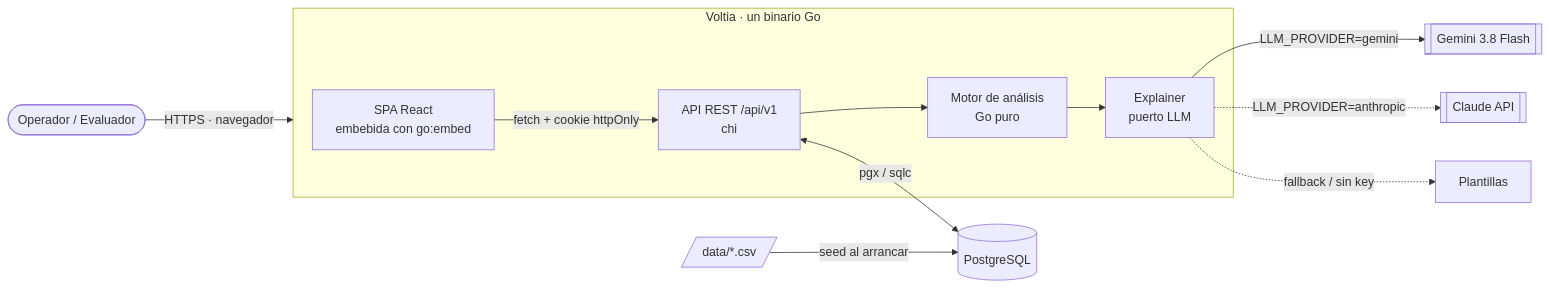
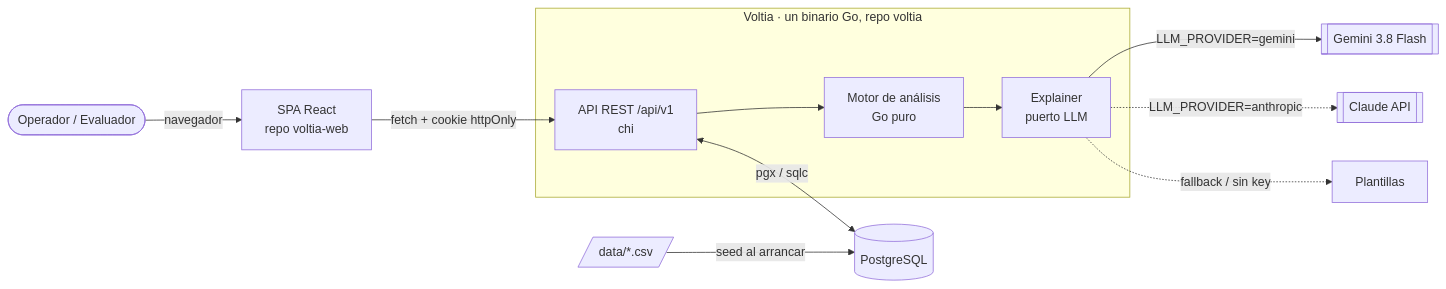
Before and after one commit to m0ntbl4ck/voltia: the first of 5 diagrams in docs/architecture.md, drawn with Mermaid. The commit also changed other lines of this file and 17 other files, not shown here.

````diff
--- a/docs/architecture.md
+++ b/docs/architecture.md
@@ -53,20 +53,19 @@
 ```mermaid
 flowchart LR
-    user([Operador / Evaluador]) -->|HTTPS · navegador| voltia
+    user([Operador / Evaluador]) -->|navegador| spa
+    spa[SPA React<br/>repo voltia-web] -->|fetch + cookie httpOnly| api
 
-    subgraph voltia[Voltia · un binario Go]
-        spa[SPA React<br/>embebida con go:embed]
+    subgraph voltia[Voltia · un binario Go, repo voltia]
         api[API REST /api/v1<br/>chi]
         engine[Motor de análisis<br/>Go puro]
         explainer[Explainer<br/>puerto LLM]
-        spa -->|fetch + cookie httpOnly| api
         api --> engine
         engine --> explainer
     end
 
     api <-->|pgx / sqlc| db[(PostgreSQL)]
     explainer -->|LLM_PROVIDER=gemini| gemini[[Gemini 3.8 Flash]]
     explainer -.->|LLM_PROVIDER=anthropic| claude[[Claude API]]
     explainer -.->|fallback / sin key| tpl[Plantillas]
     csv[/data/*.csv/] -->|seed al arrancar| db
 ```
````
